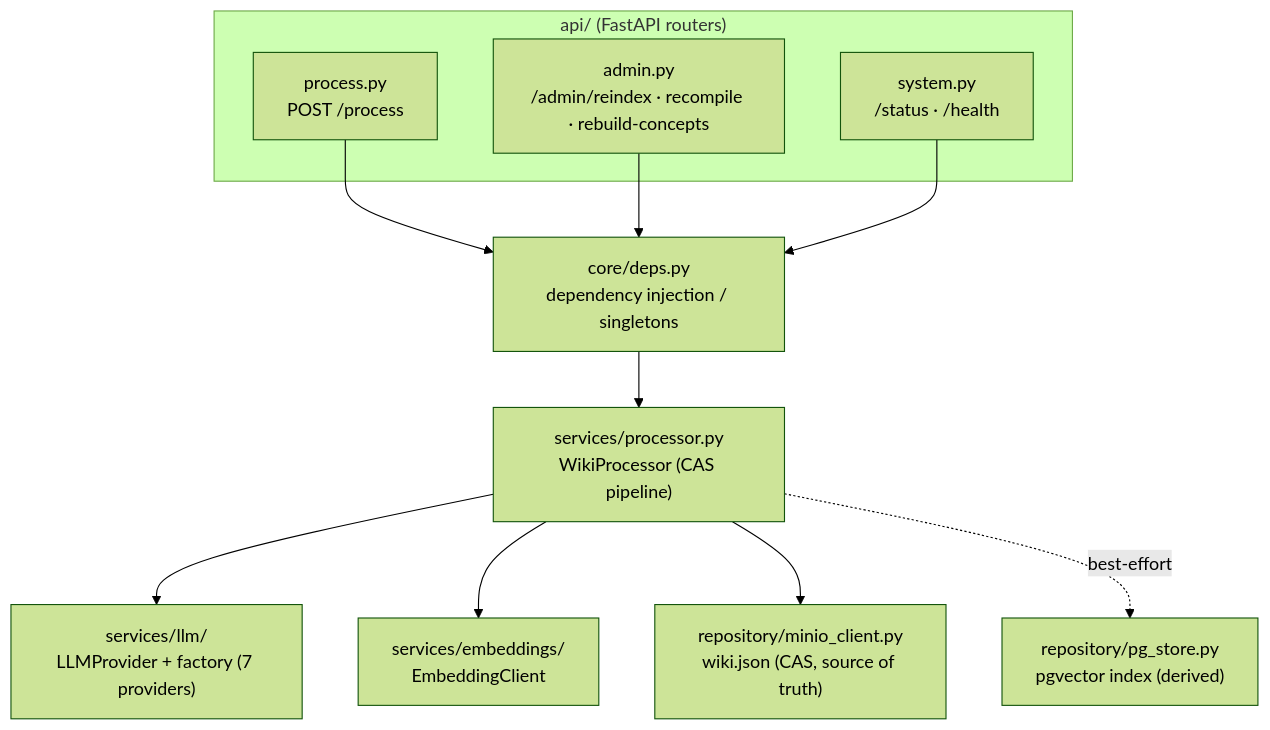
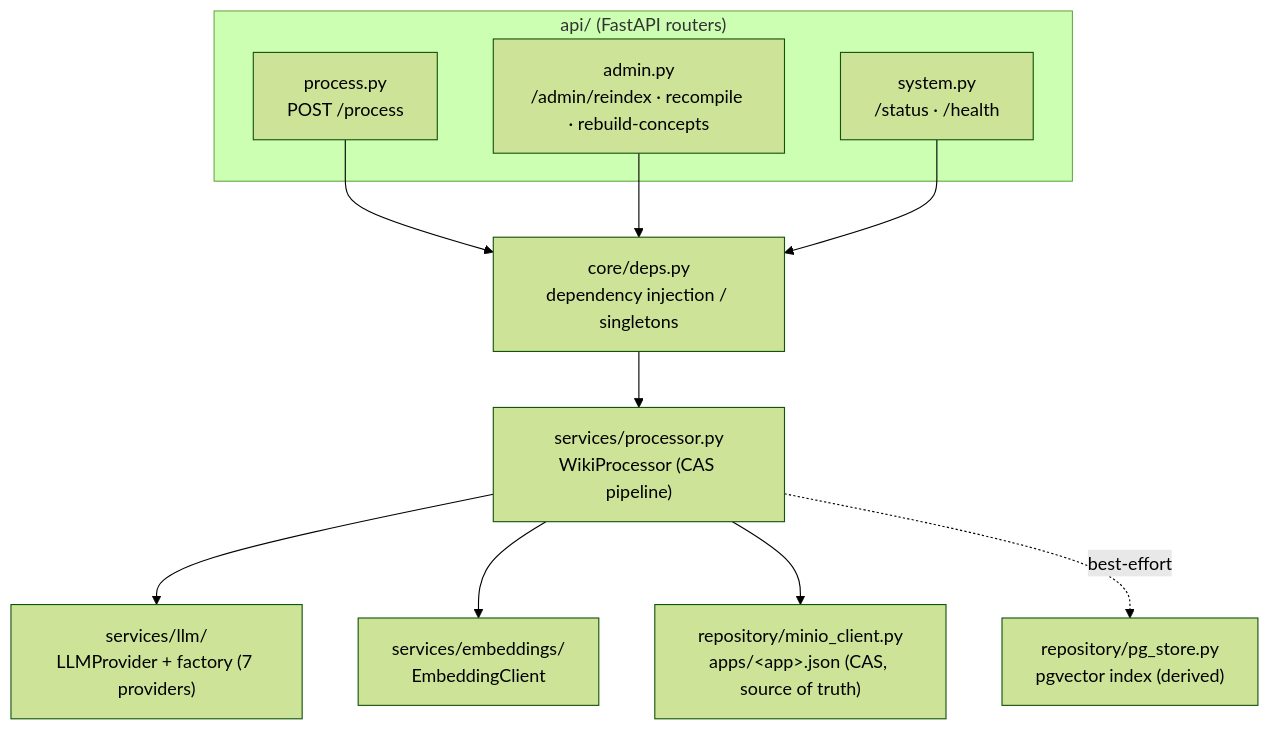
Before and after one commit to tienyulin/llm-wiki-processor: the first of 2 diagrams in docs/architecture/diagram.md, drawn with Mermaid (forest theme). The commit also changed other lines of this file and 3 other files, not shown here.

First line of the commit message:
docs: 中文化 docs/（api + provider + architecture 4 檔） (#15)

````diff
--- a/docs/architecture/diagram.md
+++ b/docs/architecture/diagram.md
@@ -8,23 +11,23 @@
 ```mermaid
 flowchart TD
     subgraph api["api/ (FastAPI routers)"]
         R1["process.py<br/>POST /process"]
         R2["admin.py<br/>/admin/reindex · recompile · rebuild-concepts"]
         R3["system.py<br/>/status · /health"]
     end
     DEPS["core/deps.py<br/>dependency injection / singletons"]
     PROC["services/processor.py<br/>WikiProcessor (CAS pipeline)"]
     LLM["services/llm/<br/>LLMProvider + factory (7 providers)"]
     EMB["services/embeddings/<br/>EmbeddingClient"]
-    MINIO["repository/minio_client.py<br/>wiki.json (CAS, source of truth)"]
+    MINIO["repository/minio_client.py<br/>apps/&lt;app&gt;.json (CAS, source of truth)"]
     PG["repository/pg_store.py<br/>pgvector index (derived)"]
 
     R1 --> DEPS
     R2 --> DEPS
     R3 --> DEPS
     DEPS --> PROC
     PROC --> LLM
     PROC --> EMB
     PROC --> MINIO
     PROC -.best-effort.-> PG
 ```
````
